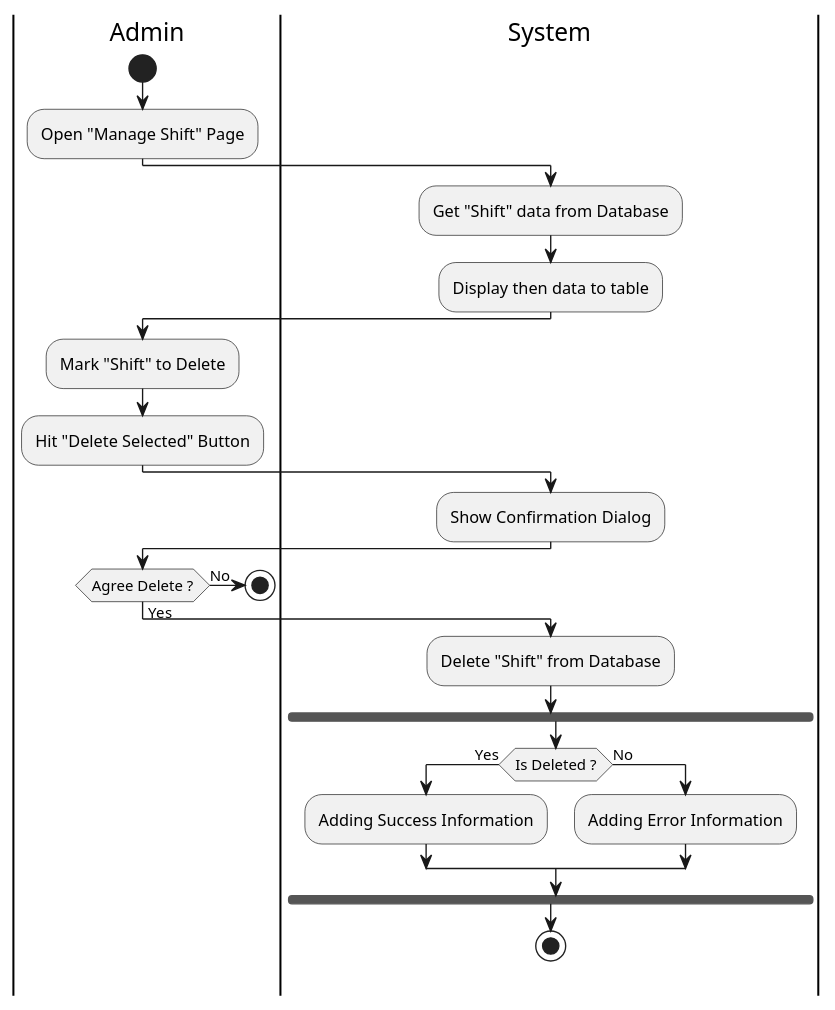
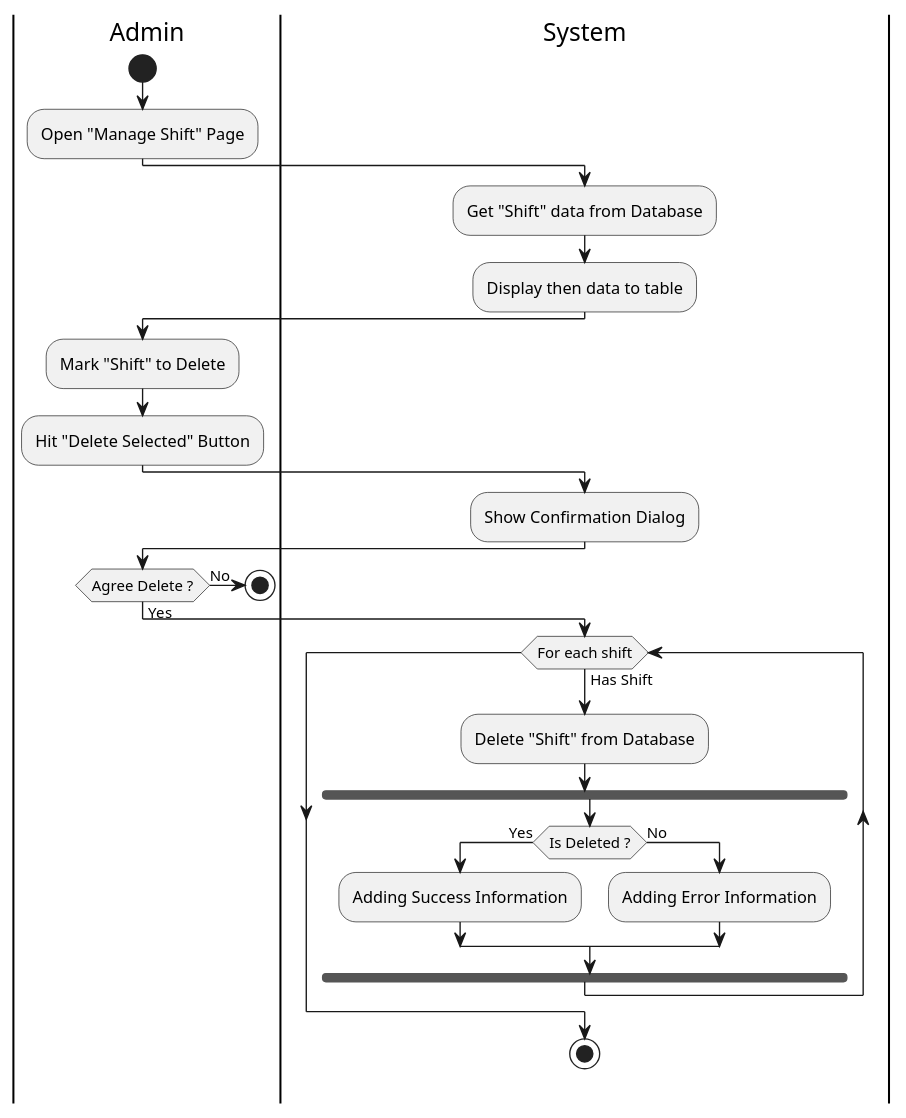
Before and after one commit to fwidjaya20/fazzlearning-uml: the diagram in Activity/Release02/DeleteShift.wsd, drawn with PlantUML. The commit also changed 1 other file, not shown here.

Commit message:
activity: adding loop on delete room and shift

```diff
--- a/Activity/Release02/DeleteShift.wsd
+++ b/Activity/Release02/DeleteShift.wsd
@@ -1,38 +1,40 @@
 @startuml DeleteShift
 
 skinparam ConditionEndStyle hline
 skinparam Monochrome true
 skinparam Shadowing false
 
 |Admin|
 start
 :Open "Manage Shift" Page;
 
 |System|
 :Get "Shift" data from Database;
 :Display then data to table;
 
 |Admin|
 :Mark "Shift" to Delete;
 :Hit "Delete Selected" Button;
 
 |System|
 :Show Confirmation Dialog;
 
 |Admin|
 if (Agree Delete ?) then (No)
     stop
 else (Yes)
     |System|
-    :Delete "Shift" from Database;
-    fork
-        |System|
-        if (Is Deleted ?) then (Yes)
-            :Adding Success Information;
-        else (No)
-            :Adding Error Information;
-        endif
-    endfork
+    while(For each shift) is (Has Shift)
+        :Delete "Shift" from Database;
+        fork
+            |System|
+            if (Is Deleted ?) then (Yes)
+                :Adding Success Information;
+            else (No)
+                :Adding Error Information;
+            endif
+        endfork
+    endwhile
     stop
 endif
 @enduml
```
